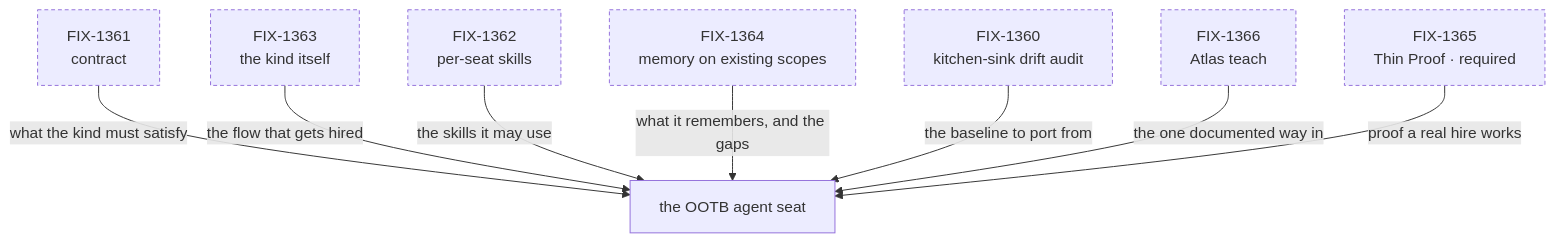
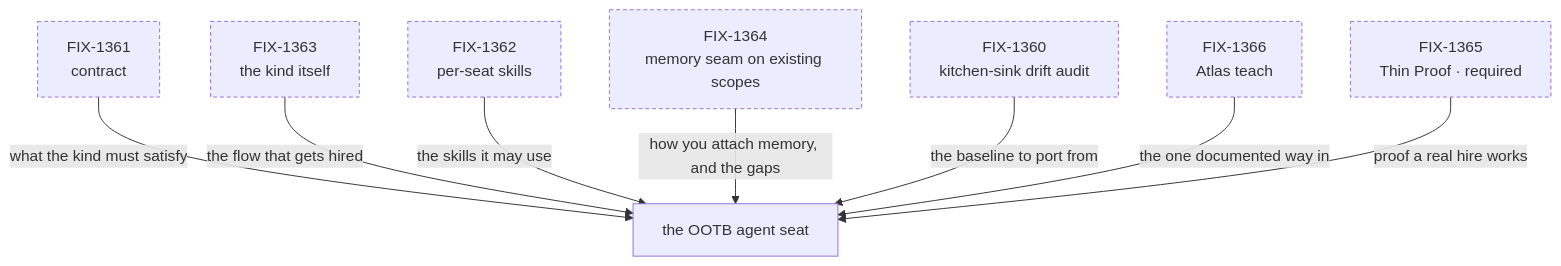
One commit to fixpoint-labs/flow-state-dev changed the third of 4 diagrams in spec/_epics/default-agent-kind.explainer.md. Above: the diagram before and after it, drawn with Mermaid. The commit also changed other lines of this file and 1 other file, not shown here.

````diff
--- a/spec/_epics/default-agent-kind.explainer.md
+++ b/spec/_epics/default-agent-kind.explainer.md
@@ -44,12 +45,12 @@
 ```mermaid
 flowchart TD
   N["FIX-1361<br/>contract"] -->|"what the kind must satisfy"| S["the OOTB agent seat"]
   B["FIX-1363<br/>the kind itself"] -->|"the flow that gets hired"| S
   SK["FIX-1362<br/>per-seat skills"] -->|"the skills it may use"| S
-  M["FIX-1364<br/>memory on existing scopes"] -->|"what it remembers, and the gaps"| S
+  M["FIX-1364<br/>memory seam on existing scopes"] -->|"how you attach memory, and the gaps"| S
   R["FIX-1360<br/>kitchen-sink drift audit"] -->|"the baseline to port from"| S
   T["FIX-1366<br/>Atlas teach"] -->|"the one documented way in"| S
   P["FIX-1365<br/>Thin Proof · required"] -->|"proof a real hire works"| S
   classDef notstarted stroke-dasharray: 4 3
   class N,B,SK,M,R,T,P notstarted
 ```
````
